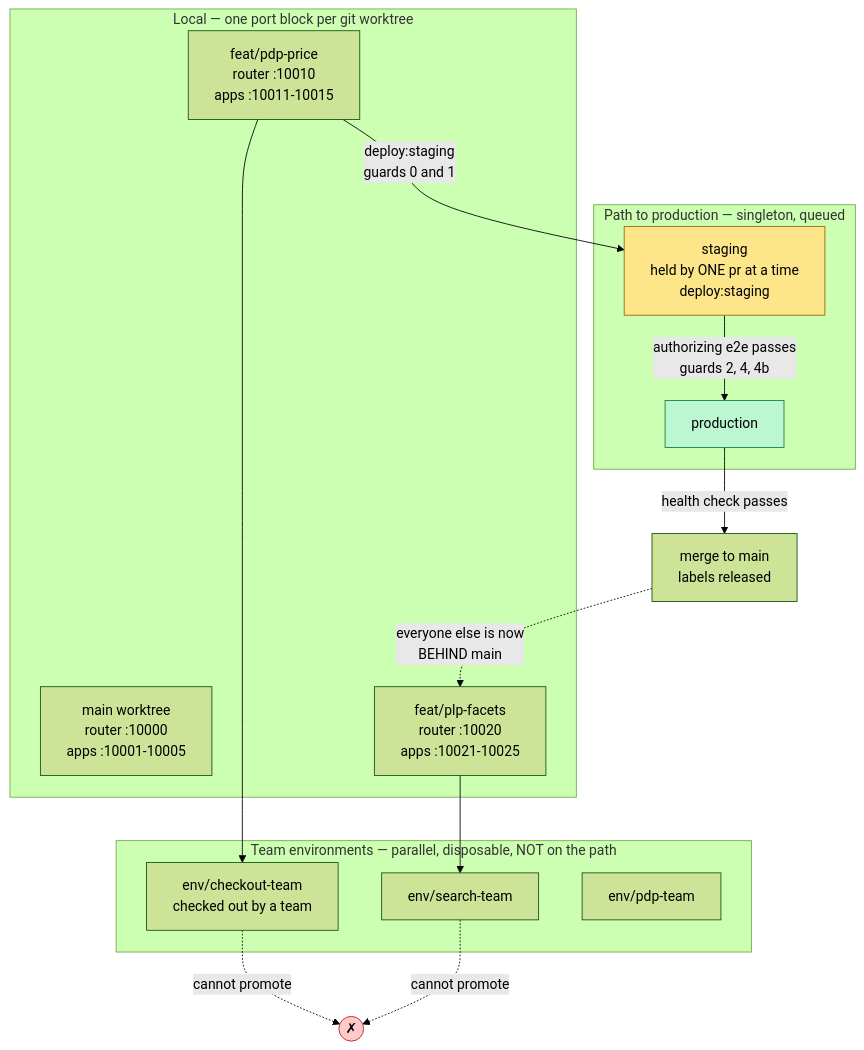
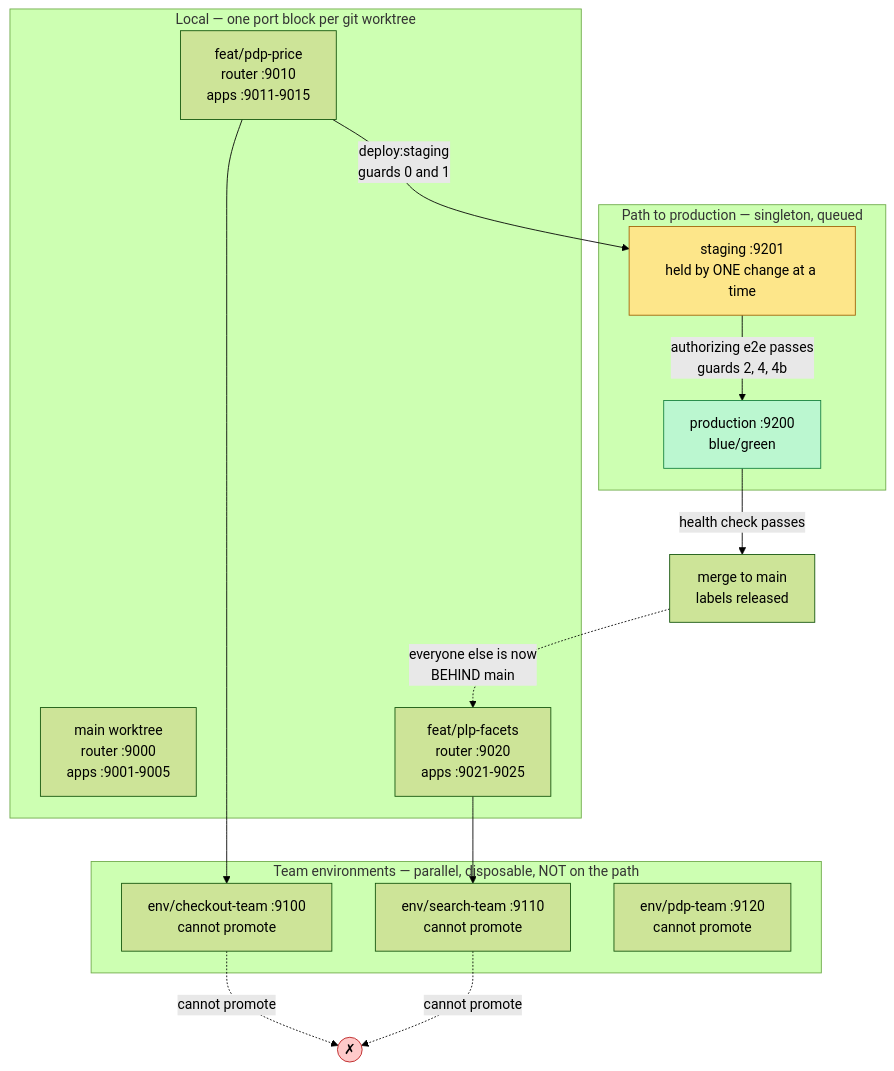
Before and after one commit to aygp-dr/standard-change: the third of 6 diagrams in README.org, drawn with Mermaid (forest theme). The commit also changed other lines of this file and 7 other files, not shown here.

```diff
--- a/README.org
+++ b/README.org
@@ -94,32 +94,32 @@
 #+begin_src mermaid :eval never-export
 flowchart TB
     subgraph local["Local — one port block per git worktree"]
-        W0["main worktree<br/>router :10000<br/>apps :10001-10005"]
-        W1["feat/pdp-price<br/>router :10010<br/>apps :10011-10015"]
-        W2["feat/plp-facets<br/>router :10020<br/>apps :10021-10025"]
+        W0["main worktree<br/>router :9000<br/>apps :9001-9005"]
+        W1["feat/pdp-price<br/>router :9010<br/>apps :9011-9015"]
+        W2["feat/plp-facets<br/>router :9020<br/>apps :9021-9025"]
     end
 
     subgraph team["Team environments — parallel, disposable, NOT on the path"]
-        E1["env/checkout-team<br/>checked out by a team"]
-        E2["env/search-team"]
-        E3["env/pdp-team"]
+        E1["env/checkout-team :9100<br/>cannot promote"]
+        E2["env/search-team :9110<br/>cannot promote"]
+        E3["env/pdp-team :9120<br/>cannot promote"]
     end
 
     subgraph path["Path to production — singleton, queued"]
-        S["staging<br/>held by ONE pr at a time<br/>deploy:staging"]
-        P["production"]
+        S["staging :9201<br/>held by ONE change at a time"]
+        P["production :9200<br/>blue/green"]
     end
 
     W1 --> E1
     W2 --> E2
     E1 -.->|"cannot promote"| X(("✗"))
     E2 -.->|"cannot promote"| X
     W1 -->|"deploy:staging<br/>guards 0 and 1"| S
     S -->|"authorizing e2e passes<br/>guards 2, 4, 4b"| P
     P -->|"health check passes"| M["merge to main<br/>labels released"]
     M -.->|"everyone else is now<br/>BEHIND main"| W2
 
     style S fill:#fde68a,stroke:#a16207,color:#000
     style P fill:#bbf7d0,stroke:#15803d,color:#000
     style X fill:#fecaca,stroke:#b91c1c,color:#000
 #+end_src
```
